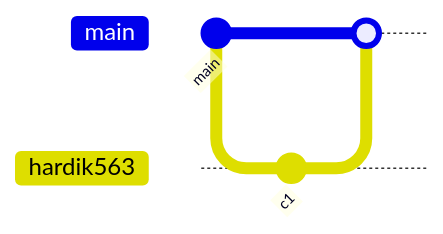
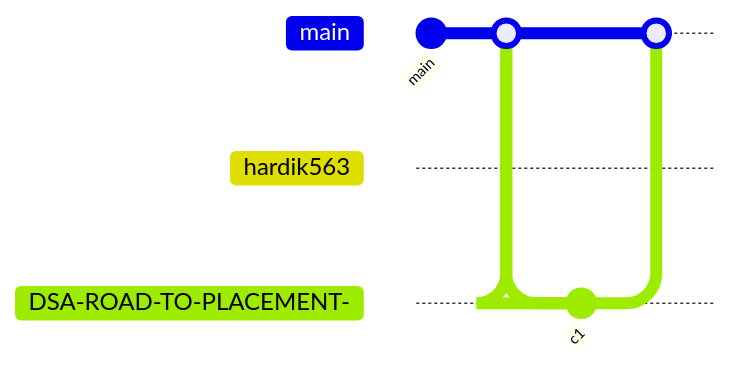
One commit to hardik563/hardik563 changed the diagram in README.md. Above: the diagram before and after it, drawn with Mermaid. The commit also changed other lines of this file and 17 other files, not shown here.

````diff
--- a/README.md
+++ b/README.md
@@ -339,9 +339,14 @@
 ```mermaid
 gitGraph
    commit id: "main"
    branch hardik563
    checkout hardik563
    commit id: "c1"
    checkout main
    merge hardik563
+   branch DSA-ROAD-TO-PLACEMENT-
+   checkout DSA-ROAD-TO-PLACEMENT-
+   commit id: "c1"
+   checkout main
+   merge DSA-ROAD-TO-PLACEMENT-
 ```
````
